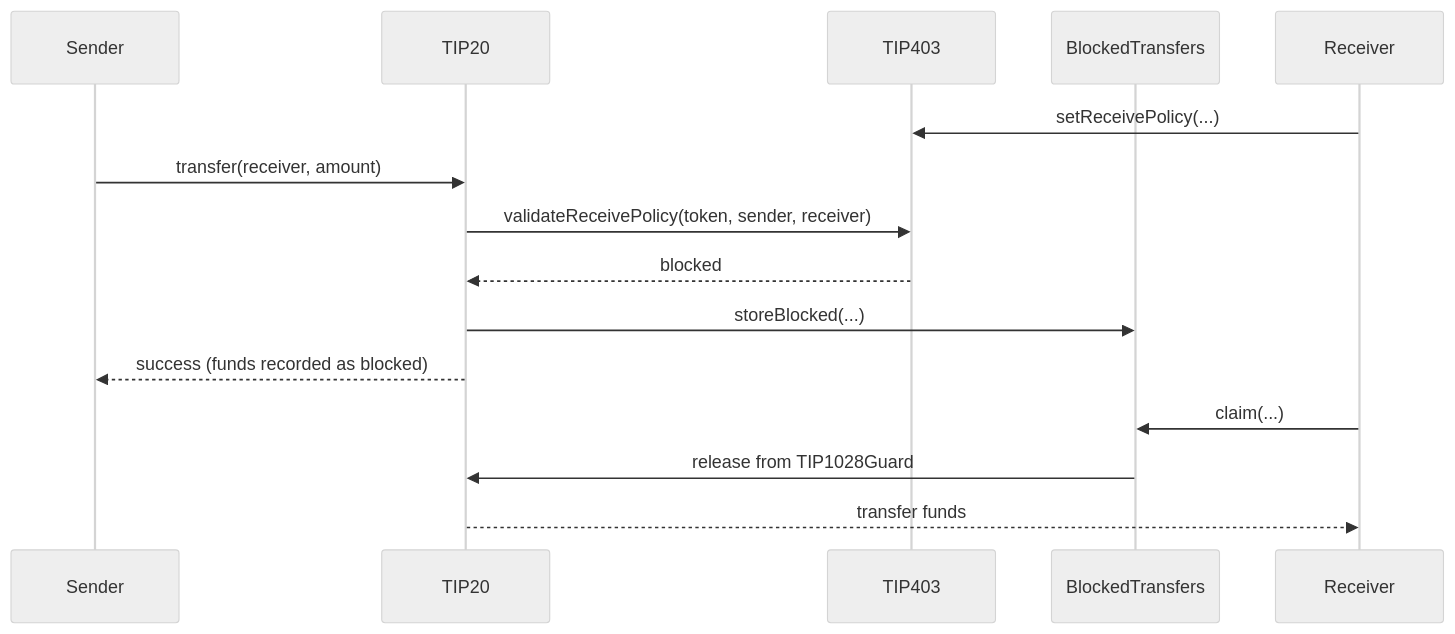
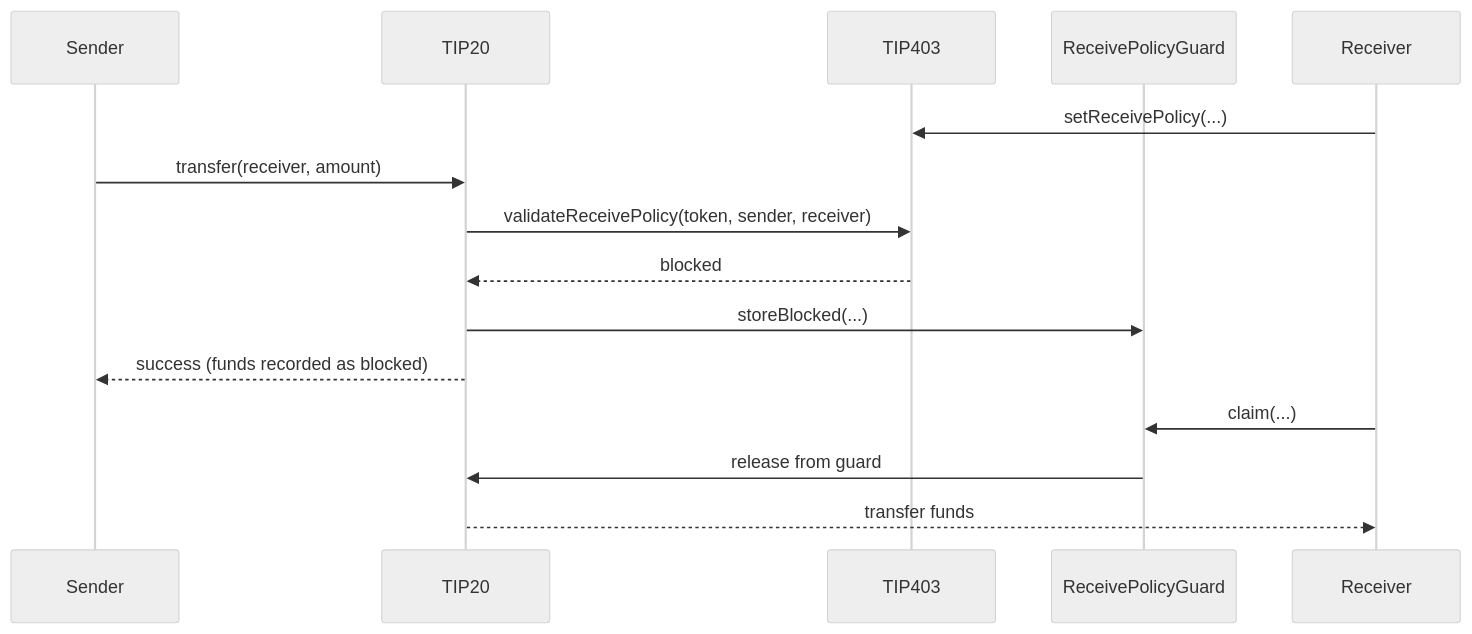
One commit to tempoxyz/tempo changed the first of 2 diagrams in tips/tip-1028.md. Above: the diagram before and after it, drawn with Mermaid (neutral theme). The commit also changed other lines of this file, not shown here.

Commit message:
docs(tip-1028): rename receive policy guard

````diff
--- a/tips/tip-1028.md
+++ b/tips/tip-1028.md
@@ -54,19 +54,19 @@
 ```mermaid
 sequenceDiagram
     participant Sender
     participant TIP20
     participant TIP403
-    participant BlockedTransfers
+    participant ReceivePolicyGuard
     participant Receiver
 
     Receiver->>TIP403: setReceivePolicy(...)
     Sender->>TIP20: transfer(receiver, amount)
     TIP20->>TIP403: validateReceivePolicy(token, sender, receiver)
     TIP403-->>TIP20: blocked
-    TIP20->>BlockedTransfers: storeBlocked(...)
+    TIP20->>ReceivePolicyGuard: storeBlocked(...)
     TIP20-->>Sender: success (funds recorded as blocked)
 
-    Receiver->>BlockedTransfers: claim(...)
-    BlockedTransfers->>TIP20: release from TIP1028Guard
+    Receiver->>ReceivePolicyGuard: claim(...)
+    ReceivePolicyGuard->>TIP20: release from guard
     TIP20-->>Receiver: transfer funds
 ```
````
